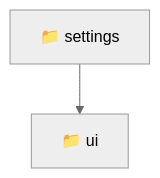
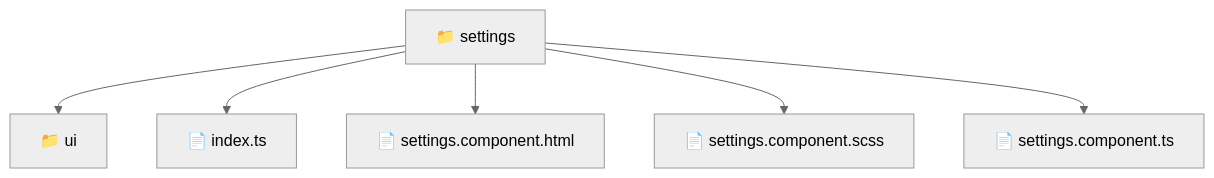
One commit to beginwebdev2002/fullstack-mavluda changed the diagram in frontend/src/pages/settings/README.md. Above: the diagram before and after it, drawn with Mermaid (neutral theme). The commit also changed other lines of this file and 165 other files, not shown here.

First line of the commit message:
docs: generate localized architectural READMEs

````diff
--- a/frontend/src/pages/settings/README.md
+++ b/frontend/src/pages/settings/README.md
@@ -10,5 +11,9 @@
 ```mermaid
 graph TD
-  Root["📁 settings"]
-  Root --> ui["📁 ui"]
+  settings["📁 settings"]
+  settings --> ui["📁 ui"]
+  settings --> index_ts["📄 index.ts"]
+  settings --> settings_component_html["📄 settings.component.html"]
+  settings --> settings_component_scss["📄 settings.component.scss"]
+  settings --> settings_component_ts["📄 settings.component.ts"]
 ```
````
